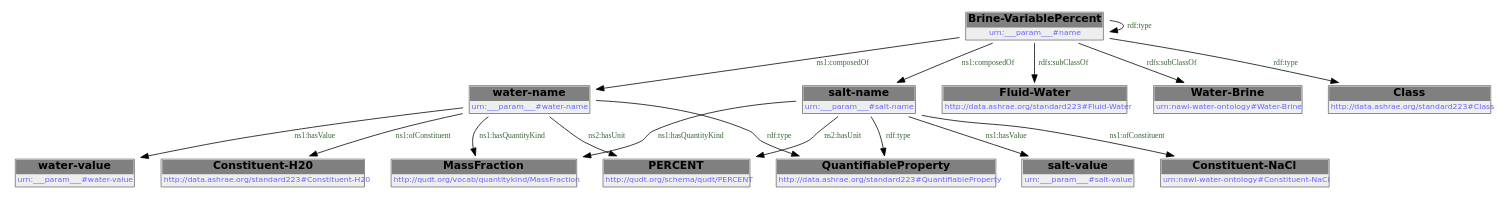
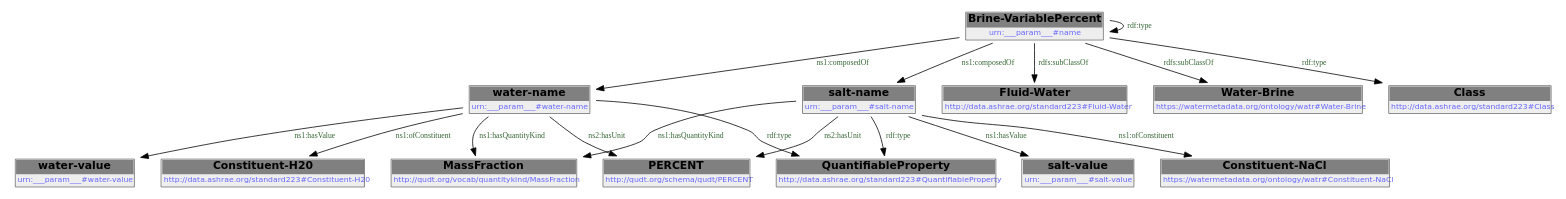
Before and after one commit to DataDrivenCPS/water-ontology: the second of 2 diagrams in docs/libraries/templates/brine.rst, drawn with Graphviz. The commit also changed other lines of this file and 43 other files, not shown here.

First line of the commit message:
feat: move ontology to https://watermetadata.org base URI

```diff
--- a/docs/libraries/templates/brine.rst
+++ b/docs/libraries/templates/brine.rst
@@ -106,34 +106,34 @@
         .. graphviz::
 
                 digraph G {
             node [fontname="DejaVu Sans"];
             node0 -> node1 [color=BLACK, label=< <font point-size='10' color='#336633'>ns1:hasQuantityKind</font> >];
             node2 -> node3 [color=BLACK, label=< <font point-size='10' color='#336633'>ns2:hasUnit</font> >];
             node2 -> node1 [color=BLACK, label=< <font point-size='10' color='#336633'>ns1:hasQuantityKind</font> >];
             node0 -> node3 [color=BLACK, label=< <font point-size='10' color='#336633'>ns2:hasUnit</font> >];
             node4 -> node2 [color=BLACK, label=< <font point-size='10' color='#336633'>ns1:composedOf</font> >];
             node2 -> node5 [color=BLACK, label=< <font point-size='10' color='#336633'>ns1:ofConstituent</font> >];
             node0 -> node6 [color=BLACK, label=< <font point-size='10' color='#336633'>ns1:hasValue</font> >];
             node2 -> node7 [color=BLACK, label=< <font point-size='10' color='#336633'>ns1:hasValue</font> >];
             node4 -> node8 [color=BLACK, label=< <font point-size='10' color='#336633'>rdfs:subClassOf</font> >];
             node4 -> node9 [color=BLACK, label=< <font point-size='10' color='#336633'>rdfs:subClassOf</font> >];
             node2 -> node10 [color=BLACK, label=< <font point-size='10' color='#336633'>rdf:type</font> >];
             node0 -> node11 [color=BLACK, label=< <font point-size='10' color='#336633'>ns1:ofConstituent</font> >];
             node4 -> node4 [color=BLACK, label=< <font point-size='10' color='#336633'>rdf:type</font> >];
             node0 -> node10 [color=BLACK, label=< <font point-size='10' color='#336633'>rdf:type</font> >];
             node4 -> node12 [color=BLACK, label=< <font point-size='10' color='#336633'>rdf:type</font> >];
             node4 -> node0 [color=BLACK, label=< <font point-size='10' color='#336633'>ns1:composedOf</font> >];
             node0 [shape=none, color=black, label=< <table color='#666666' cellborder='0' cellspacing='0' border='1'><tr><td colspan='2' bgcolor='grey'><B>salt-name</B></td></tr><tr><td href='urn:___param___#salt-name' bgcolor='#eeeeee' colspan='2'><font point-size='10' color='#6666ff'>urn:___param___#salt-name</font></td></tr></table> >];
             node1 [shape=none, color=black, label=< <table color='#666666' cellborder='0' cellspacing='0' border='1'><tr><td colspan='2' bgcolor='grey'><B>MassFraction</B></td></tr><tr><td href='http://qudt.org/vocab/quantitykind/MassFraction' bgcolor='#eeeeee' colspan='2'><font point-size='10' color='#6666ff'>http://qudt.org/vocab/quantitykind/MassFraction</font></td></tr></table> >];
             node2 [shape=none, color=black, label=< <table color='#666666' cellborder='0' cellspacing='0' border='1'><tr><td colspan='2' bgcolor='grey'><B>water-name</B></td></tr><tr><td href='urn:___param___#water-name' bgcolor='#eeeeee' colspan='2'><font point-size='10' color='#6666ff'>urn:___param___#water-name</font></td></tr></table> >];
             node3 [shape=none, color=black, label=< <table color='#666666' cellborder='0' cellspacing='0' border='1'><tr><td colspan='2' bgcolor='grey'><B>PERCENT</B></td></tr><tr><td href='http://qudt.org/schema/qudt/PERCENT' bgcolor='#eeeeee' colspan='2'><font point-size='10' color='#6666ff'>http://qudt.org/schema/qudt/PERCENT</font></td></tr></table> >];
             node4 [shape=none, color=black, label=< <table color='#666666' cellborder='0' cellspacing='0' border='1'><tr><td colspan='2' bgcolor='grey'><B>Brine-VariablePercent</B></td></tr><tr><td href='urn:___param___#name' bgcolor='#eeeeee' colspan='2'><font point-size='10' color='#6666ff'>urn:___param___#name</font></td></tr></table> >];
             node5 [shape=none, color=black, label=< <table color='#666666' cellborder='0' cellspacing='0' border='1'><tr><td colspan='2' bgcolor='grey'><B>Constituent-H20</B></td></tr><tr><td href='http://data.ashrae.org/standard223#Constituent-H20' bgcolor='#eeeeee' colspan='2'><font point-size='10' color='#6666ff'>http://data.ashrae.org/standard223#Constituent-H20</font></td></tr></table> >];
             node6 [shape=none, color=black, label=< <table color='#666666' cellborder='0' cellspacing='0' border='1'><tr><td colspan='2' bgcolor='grey'><B>salt-value</B></td></tr><tr><td href='urn:___param___#salt-value' bgcolor='#eeeeee' colspan='2'><font point-size='10' color='#6666ff'>urn:___param___#salt-value</font></td></tr></table> >];
             node7 [shape=none, color=black, label=< <table color='#666666' cellborder='0' cellspacing='0' border='1'><tr><td colspan='2' bgcolor='grey'><B>water-value</B></td></tr><tr><td href='urn:___param___#water-value' bgcolor='#eeeeee' colspan='2'><font point-size='10' color='#6666ff'>urn:___param___#water-value</font></td></tr></table> >];
             node8 [shape=none, color=black, label=< <table color='#666666' cellborder='0' cellspacing='0' border='1'><tr><td colspan='2' bgcolor='grey'><B>Fluid-Water</B></td></tr><tr><td href='http://data.ashrae.org/standard223#Fluid-Water' bgcolor='#eeeeee' colspan='2'><font point-size='10' color='#6666ff'>http://data.ashrae.org/standard223#Fluid-Water</font></td></tr></table> >];
-            node9 [shape=none, color=black, label=< <table color='#666666' cellborder='0' cellspacing='0' border='1'><tr><td colspan='2' bgcolor='grey'><B>Water-Brine</B></td></tr><tr><td href='urn:nawi-water-ontology#Water-Brine' bgcolor='#eeeeee' colspan='2'><font point-size='10' color='#6666ff'>urn:nawi-water-ontology#Water-Brine</font></td></tr></table> >];
+            node9 [shape=none, color=black, label=< <table color='#666666' cellborder='0' cellspacing='0' border='1'><tr><td colspan='2' bgcolor='grey'><B>Water-Brine</B></td></tr><tr><td href='https://watermetadata.org/ontology/watr#Water-Brine' bgcolor='#eeeeee' colspan='2'><font point-size='10' color='#6666ff'>https://watermetadata.org/ontology/watr#Water-Brine</font></td></tr></table> >];
             node10 [shape=none, color=black, label=< <table color='#666666' cellborder='0' cellspacing='0' border='1'><tr><td colspan='2' bgcolor='grey'><B>QuantifiableProperty</B></td></tr><tr><td href='http://data.ashrae.org/standard223#QuantifiableProperty' bgcolor='#eeeeee' colspan='2'><font point-size='10' color='#6666ff'>http://data.ashrae.org/standard223#QuantifiableProperty</font></td></tr></table> >];
-            node11 [shape=none, color=black, label=< <table color='#666666' cellborder='0' cellspacing='0' border='1'><tr><td colspan='2' bgcolor='grey'><B>Constituent-NaCl</B></td></tr><tr><td href='urn:nawi-water-ontology#Constituent-NaCl' bgcolor='#eeeeee' colspan='2'><font point-size='10' color='#6666ff'>urn:nawi-water-ontology#Constituent-NaCl</font></td></tr></table> >];
+            node11 [shape=none, color=black, label=< <table color='#666666' cellborder='0' cellspacing='0' border='1'><tr><td colspan='2' bgcolor='grey'><B>Constituent-NaCl</B></td></tr><tr><td href='https://watermetadata.org/ontology/watr#Constituent-NaCl' bgcolor='#eeeeee' colspan='2'><font point-size='10' color='#6666ff'>https://watermetadata.org/ontology/watr#Constituent-NaCl</font></td></tr></table> >];
             node12 [shape=none, color=black, label=< <table color='#666666' cellborder='0' cellspacing='0' border='1'><tr><td colspan='2' bgcolor='grey'><B>Class</B></td></tr><tr><td href='http://data.ashrae.org/standard223#Class' bgcolor='#eeeeee' colspan='2'><font point-size='10' color='#6666ff'>http://data.ashrae.org/standard223#Class</font></td></tr></table> >];
             }
```
